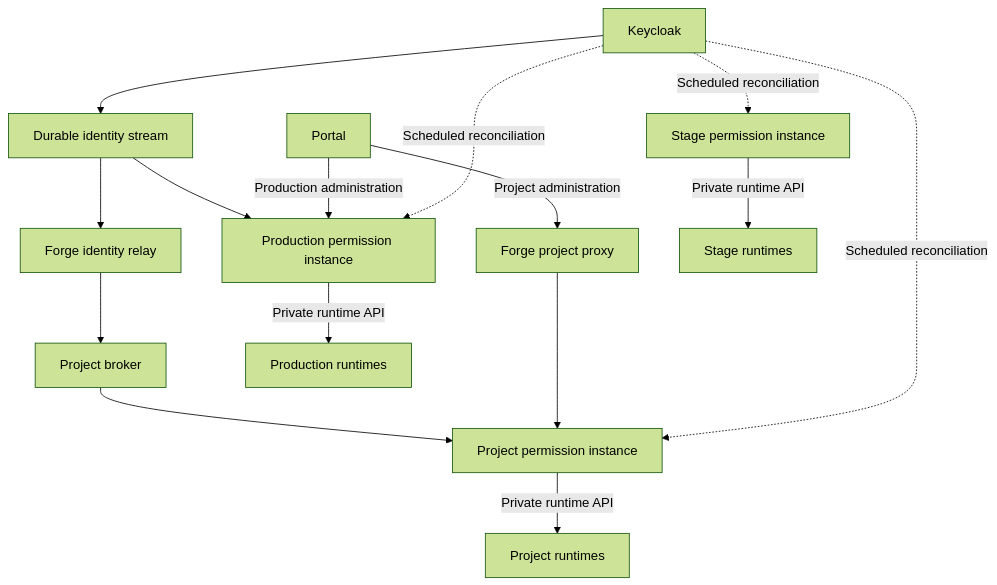
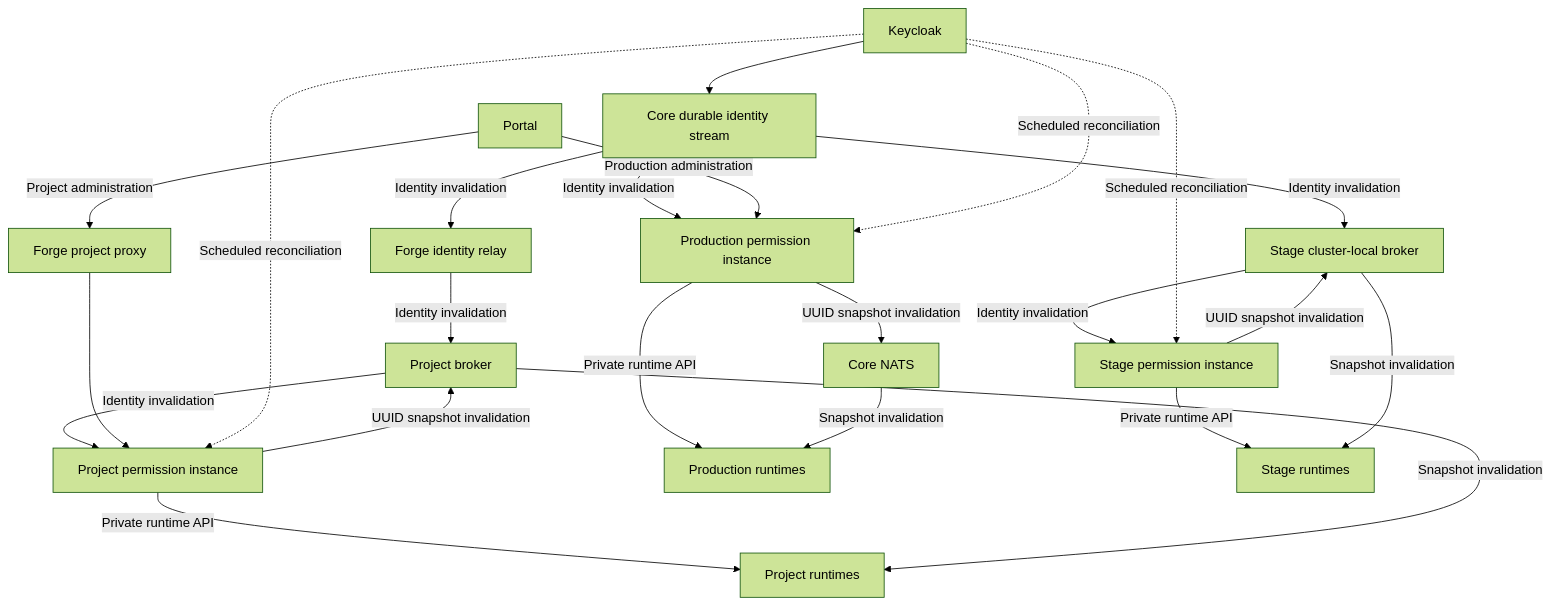
The diagram in reference/plugins/in-game-permissions/infrastructure.mdx (groundsgg/docs), drawn with Mermaid (forest theme) before and after one commit. The commit also changed other lines of this file and 1 other file, not shown here.

First line of the commit message:
docs(permissions): explain live snapshot invalidation (#46)

````diff
--- a/reference/plugins/in-game-permissions/infrastructure.mdx
+++ b/reference/plugins/in-game-permissions/infrastructure.mdx
@@ -10,20 +10,28 @@
 ```mermaid
 flowchart TB
-  keycloak[Keycloak] --> stream[Durable identity stream]
-  stream --> production[Production permission instance]
-  stream --> forge[Forge identity relay]
-  forge --> broker[Project broker]
-  broker --> project[Project permission instance]
+  keycloak[Keycloak] --> stream[Core durable identity stream]
+  stream -->|Identity invalidation| production[Production permission instance]
+  stream -->|Identity invalidation| forge[Forge identity relay]
+  stream -->|Identity invalidation| stageBroker[Stage cluster-local broker]
+  forge -->|Identity invalidation| projectBroker[Project broker]
+  projectBroker -->|Identity invalidation| project[Project permission instance]
+  stageBroker -->|Identity invalidation| stage[Stage permission instance]
 
   portal[Portal] -->|Production administration| production
   portal -->|Project administration| proxy[Forge project proxy]
   proxy --> project
 
   keycloak -. Scheduled reconciliation .-> production
-  keycloak -. Scheduled reconciliation .-> stage[Stage permission instance]
+  keycloak -. Scheduled reconciliation .-> stage
   keycloak -. Scheduled reconciliation .-> project
 
   production -->|Private runtime API| productionRuntime[Production runtimes]
+  production -->|UUID snapshot invalidation| coreBroker[Core NATS]
+  coreBroker -->|Snapshot invalidation| productionRuntime
   stage -->|Private runtime API| stageRuntime[Stage runtimes]
+  stage -->|UUID snapshot invalidation| stageBroker
+  stageBroker -->|Snapshot invalidation| stageRuntime
   project -->|Private runtime API| projectRuntime[Project runtimes]
+  project -->|UUID snapshot invalidation| projectBroker
+  projectBroker -->|Snapshot invalidation| projectRuntime
 ```
````
